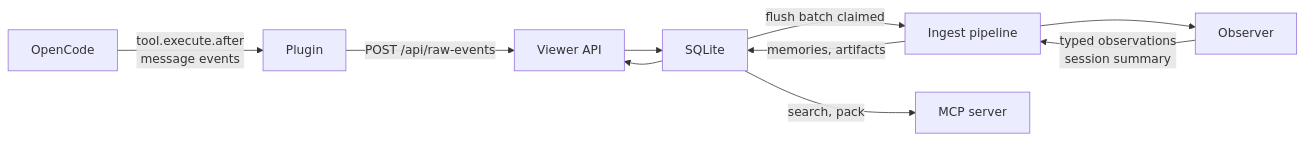
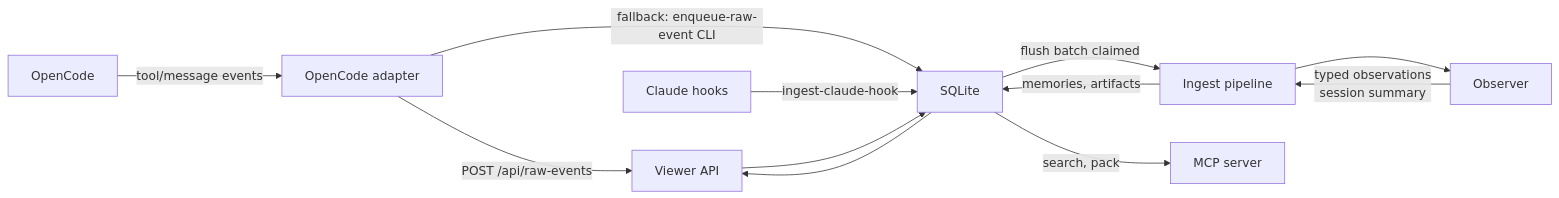
One commit to kunickiaj/codemem changed the first of 4 diagrams in docs/architecture.md. Above: the diagram before and after it, drawn with Mermaid. The commit also changed other lines of this file and 1 other file, not shown here.

Commit message:
docs(adapters): align architecture and plugin reference with shipped behavior

````diff
--- a/docs/architecture.md
+++ b/docs/architecture.md
@@ -19,12 +19,14 @@
 ```mermaid
 flowchart LR
-    OC["OpenCode"] -->|tool.execute.after\nmessage events| PL["Plugin"]
-    PL -->|POST /api/raw-events| VW["Viewer API"]
+    OC["OpenCode"] -->|tool/message events| OCA["OpenCode adapter"]
+    OCA -->|POST /api/raw-events| VW["Viewer API"]
+    OCA -->|fallback: enqueue-raw-event CLI| DB
+    CH["Claude hooks"] -->|ingest-claude-hook| DB
     VW --> DB["SQLite"]
     DB -->|flush batch claimed| IN["Ingest pipeline"]
     IN --> OB["Observer"]
     OB -->|typed observations\nsession summary| IN
     IN -->|memories, artifacts| DB
     DB -->|search, pack| MCP["MCP server"]
     DB --> VW
 ```
````
